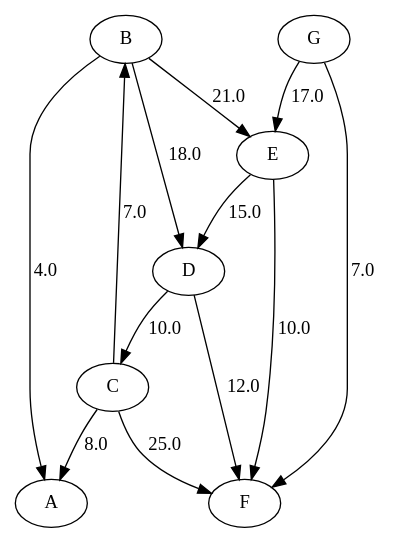
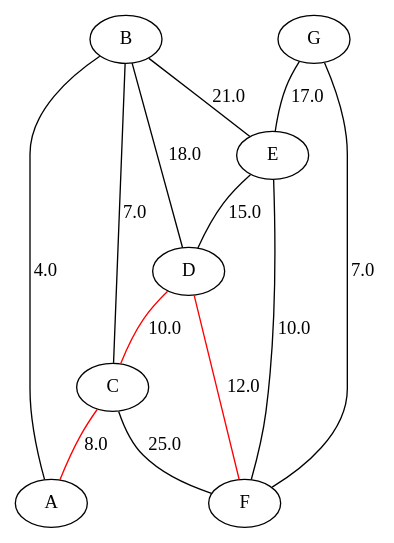
The diagram in dotsource.dot (pcaz/SIM), drawn with Graphviz before and after one commit. The commit also changed 6 other files, not shown here.

```diff
--- a/dotsource.dot
+++ b/dotsource.dot
@@ -1,14 +1,21 @@
-digraph G {
-B -> A [label=4.0];
-C -> A [label=8.0];
-C -> B [label=7.0];
-B -> D [label=18.0];
-D -> C [label=10.0];
-C -> F [label=25.0];
-B -> E [label=21.0];
-E -> F [label=10.0];
-D -> F [label=12.0];
-E -> D [label=15.0];
-G -> E [label=17.0];
-G -> F [label=7.0];
+graph G {
+A;
+B;
+C;
+D;
+E;
+F;
+G;
+B--A [label=4.0];
+C--A [label=8.0color=red];
+C--B [label=7.0];
+B--D [label=18.0];
+D--C [label=10.0color=red];
+C--F [label=25.0];
+B--E [label=21.0];
+E--F [label=10.0];
+D--F [label=12.0color=red];
+E--D [label=15.0];
+G--E [label=17.0];
+G--F [label=7.0];
 }
```
